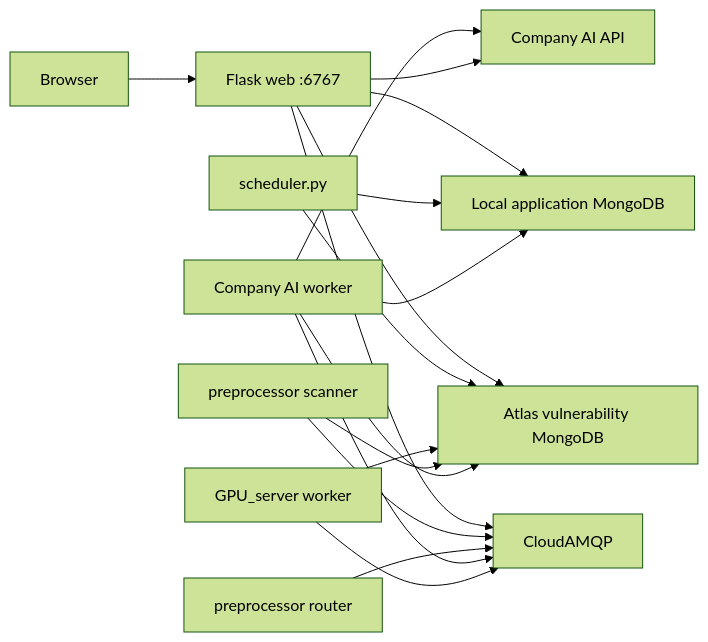
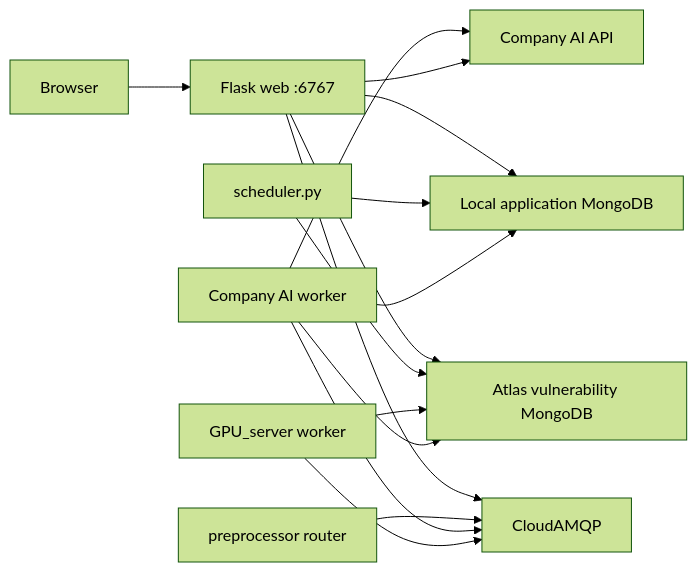
One commit to Benchan691/VulnBrief changed the diagram in README.md. Above: the diagram before and after it, drawn with Mermaid (forest theme). The commit also changed other lines of this file and 24 other files, not shown here.

````diff
--- a/README.md
+++ b/README.md
@@ -19,19 +21,17 @@
 ```mermaid
 flowchart LR
   Browser --> Web["Flask web :6767"]
   Web --> Atlas["Atlas vulnerability MongoDB"]
   Web --> LocalMongo["Local application MongoDB"]
   Web --> CloudAMQP
   Scheduler["scheduler.py"] --> Atlas
   Scheduler --> LocalMongo
-  Scanner["preprocessor scanner"] --> CloudAMQP
   Router["preprocessor router"] --> CloudAMQP
   CompanyWorker["Company AI worker"] --> CloudAMQP
   GPU["GPU_server worker"] --> CloudAMQP
   GPU --> Atlas
-  Scanner --> Atlas
   CompanyWorker --> Atlas
   CompanyWorker --> LocalMongo
   CompanyWorker --> CompanyAI["Company AI API"]
   Web --> CompanyAI
 ```
````
